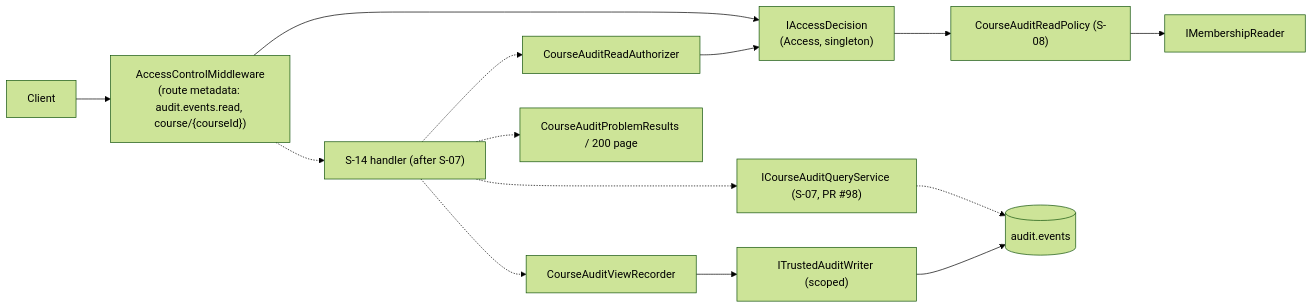
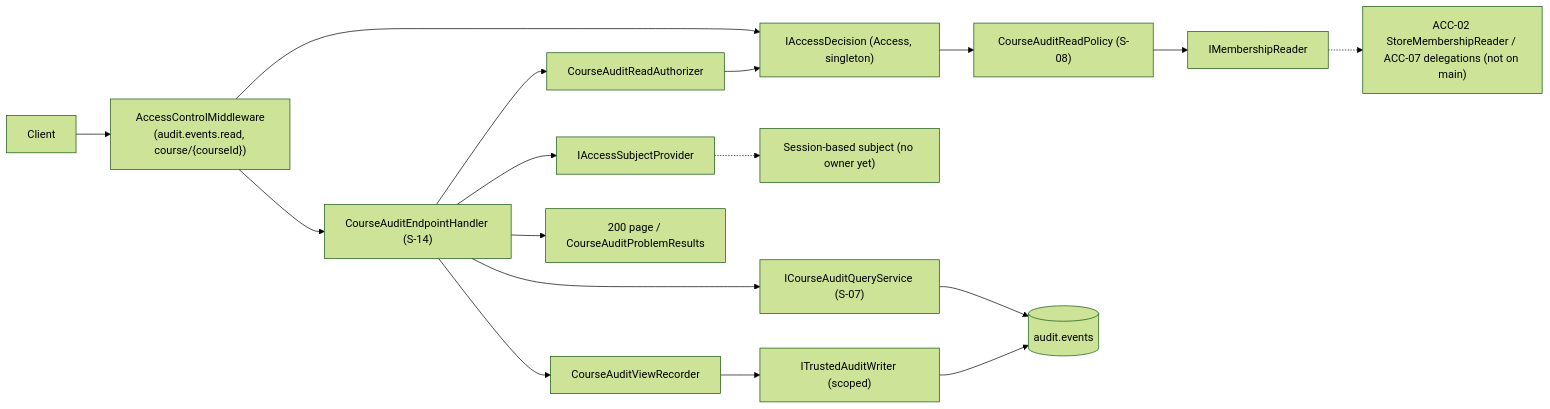
One commit to owlCoder/security-lab changed the first of 2 diagrams in docs/components/audit/S14-COURSE-AUDIT-ENDPOINT.md. Above: the diagram before and after it, drawn with Mermaid (forest theme). The commit also changed other lines of this file and 9 other files, not shown here.

First line of the commit message:
AUD-06 S-14: kursni audit endpoint (handler, S-07 DI, testovi)

````diff
--- a/docs/components/audit/S14-COURSE-AUDIT-ENDPOINT.md
+++ b/docs/components/audit/S14-COURSE-AUDIT-ENDPOINT.md
@@ -111,16 +153,19 @@
 ```mermaid
 flowchart LR
-    Client["Client"] --> MW["AccessControlMiddleware<br/>(route metadata: audit.events.read, course/{courseId})"]
-    MW --> Decision["IAccessDecision<br/>(Access, singleton)"]
+    Client["Client"] --> MW["AccessControlMiddleware<br/>(audit.events.read, course/{courseId})"]
+    MW --> Decision["IAccessDecision (Access, singleton)"]
     Decision --> Policy["CourseAuditReadPolicy (S-08)"]
     Policy --> Members["IMembershipReader"]
-    MW -.-> Handler["S-14 handler (after S-07)"]
-    Handler -.-> Authz["CourseAuditReadAuthorizer"]
+    Members -.-> RealMembers["ACC-02 StoreMembershipReader / ACC-07 delegations (not on main)"]
+    MW --> Handler["CourseAuditEndpointHandler (S-14)"]
+    Subject["IAccessSubjectProvider"] -.-> RealSubject["Session-based subject (no owner yet)"]
+    Handler --> Subject
+    Handler --> Authz["CourseAuditReadAuthorizer"]
     Authz --> Decision
-    Handler -.-> Query["ICourseAuditQueryService (S-07, PR #98)"]
-    Query -.-> DB[("audit.events")]
-    Handler -.-> Recorder["CourseAuditViewRecorder"]
+    Handler --> Query["ICourseAuditQueryService (S-07)"]
+    Query --> DB[("audit.events")]
+    Handler --> Recorder["CourseAuditViewRecorder"]
     Recorder --> Writer["ITrustedAuditWriter (scoped)"]
     Writer --> DB
-    Handler -.-> Results["CourseAuditProblemResults / 200 page"]
+    Handler --> Results["200 page / CourseAuditProblemResults"]
 ```
````
